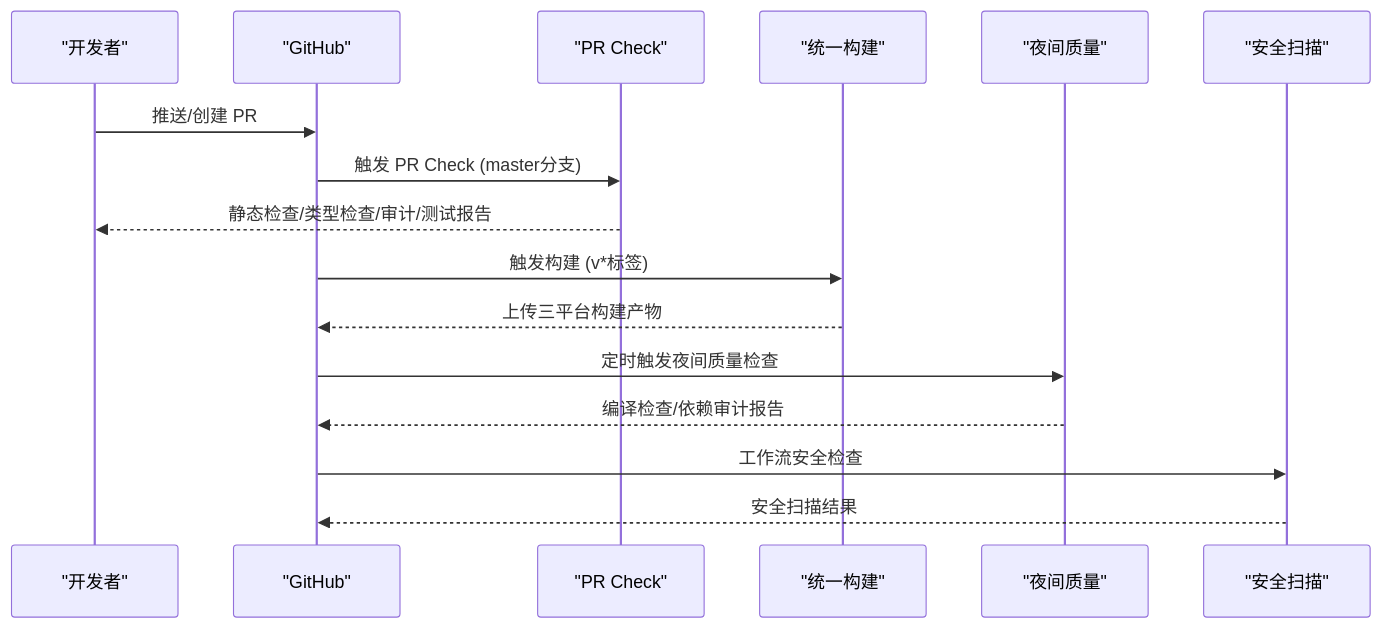
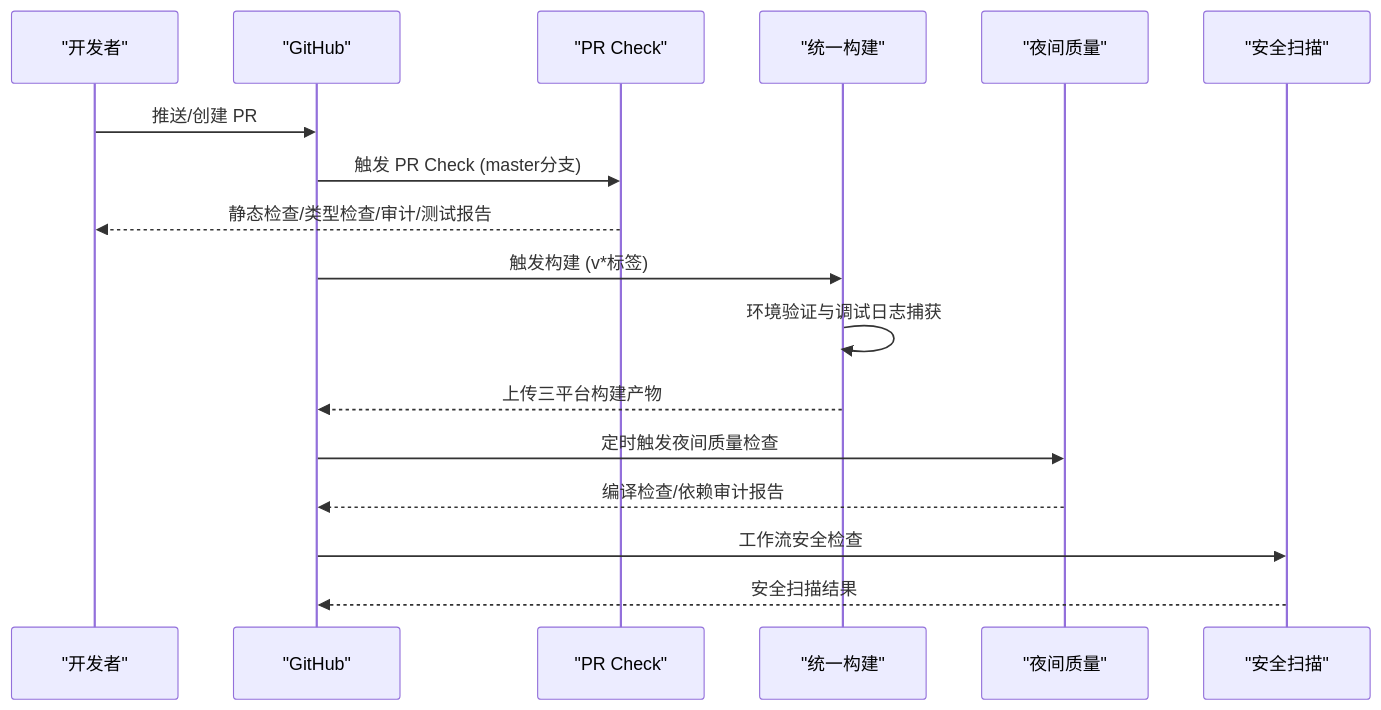
The second of 10 diagrams in .qoder/repowiki/zh/content/构建与部署/持续集成.md (sofate798/KodrixCode), drawn with Mermaid before and after one commit. The commit also changed other lines of this file and 12 other files, not shown here.

````diff
--- a/.qoder/repowiki/zh/content/构建与部署/持续集成.md
+++ b/.qoder/repowiki/zh/content/构建与部署/持续集成.md
@@ -96,18 +99,19 @@
 ```mermaid
 sequenceDiagram
 participant Dev as "开发者"
 participant GH as "GitHub"
 participant PRW as "PR Check"
 participant BL as "统一构建"
 participant NQ as "夜间质量"
 participant SEC as "安全扫描"
 Dev->>GH : 推送/创建 PR
 GH->>PRW : 触发 PR Check (master分支)
 PRW-->>Dev : 静态检查/类型检查/审计/测试报告
 GH->>BL : 触发构建 (v*标签)
+BL->>BL : 环境验证与调试日志捕获
 BL-->>GH : 上传三平台构建产物
 GH->>NQ : 定时触发夜间质量检查
 NQ-->>GH : 编译检查/依赖审计报告
 GH->>SEC : 工作流安全检查
 SEC-->>GH : 安全扫描结果
 ```
````
